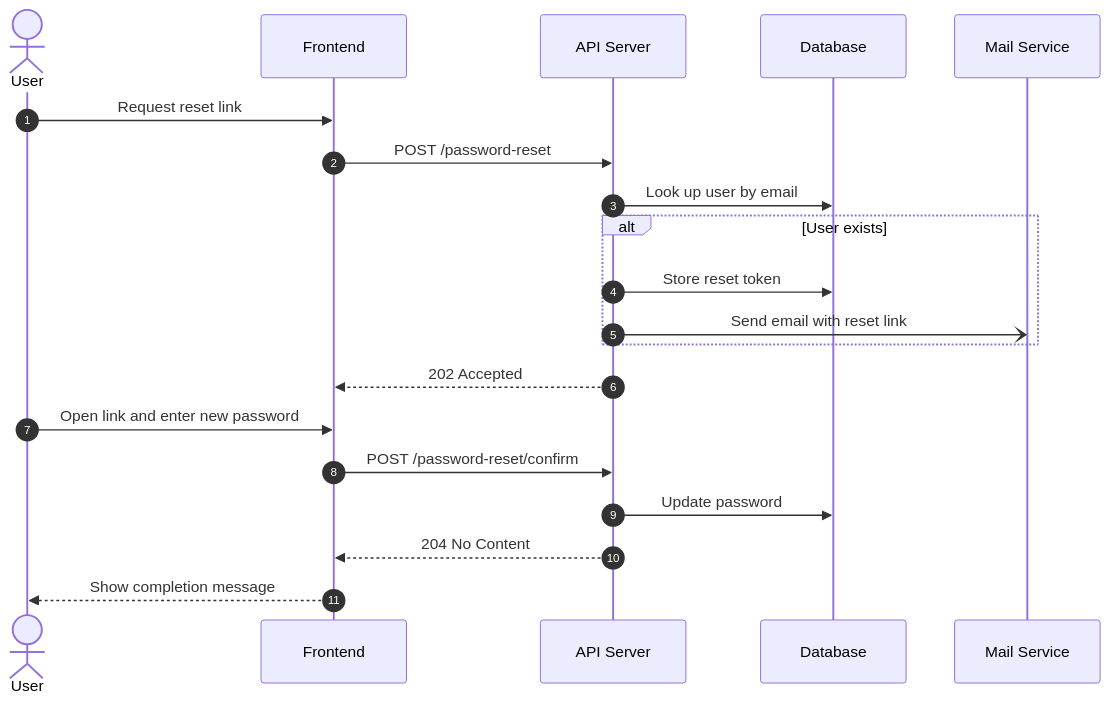
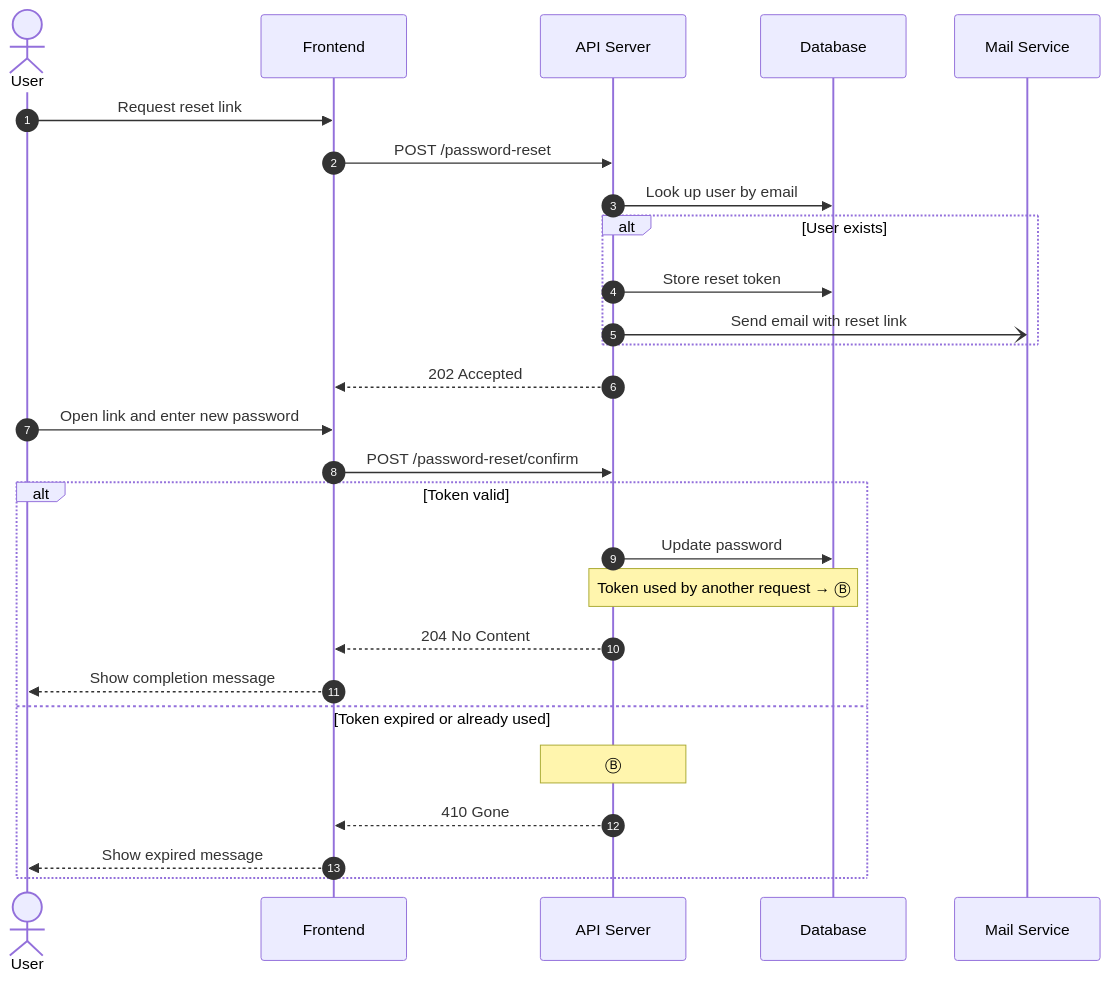
Before and after one commit to playree/markdown-design-doc-viewer: the diagram in examples/password-reset.md, drawn with Mermaid. The commit also changed other lines of this file and 22 other files, not shown here.

Commit message:
シーケンス図のノートによる遷移（ラベルとジャンプ）を表示・操作できるようにする (MDDV-52)

````diff
--- a/examples/password-reset.md
+++ b/examples/password-reset.md
@@ -18,26 +18,33 @@
 ```mermaid
 %% @link-headings
 sequenceDiagram
     autonumber
     actor User
     participant FE as Frontend
     participant API as API Server
     participant DB as Database
     participant Mail as Mail Service
 
     User->>FE: Request reset link
     FE->>API: POST /password-reset
     API->>DB: Look up user by email
     alt User exists
         API->>DB: Store reset token
         %% @ref Send reset email
         API-)Mail: Send email with reset link
     end
     API-->>FE: 202 Accepted
 
     User->>FE: Open link and enter new password
     FE->>API: POST /password-reset/confirm
-    API->>DB: Update password
-    API-->>FE: 204 No Content
-    FE-->>User: Show completion message
+    alt Token valid
+        API->>DB: Update password
+        Note over API,DB: Token used by another request → Ⓑ
+        API-->>FE: 204 No Content
+        FE-->>User: Show completion message
+    else Token expired or already used
+        Note over API: Ⓑ
+        API-->>FE: 410 Gone
+        FE-->>User: Show expired message
+    end
 ```
````
